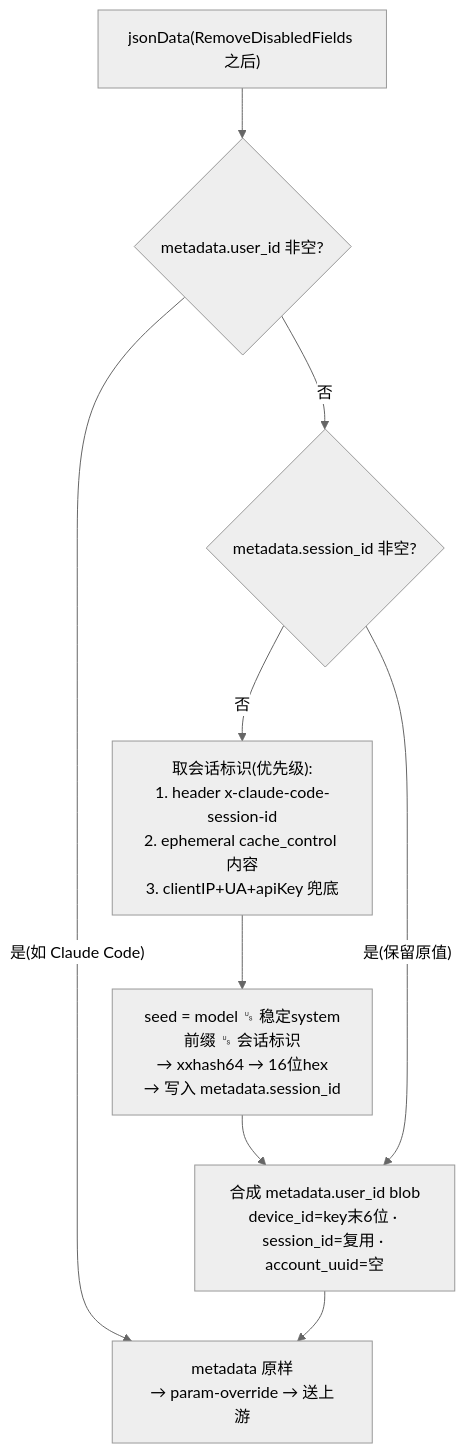
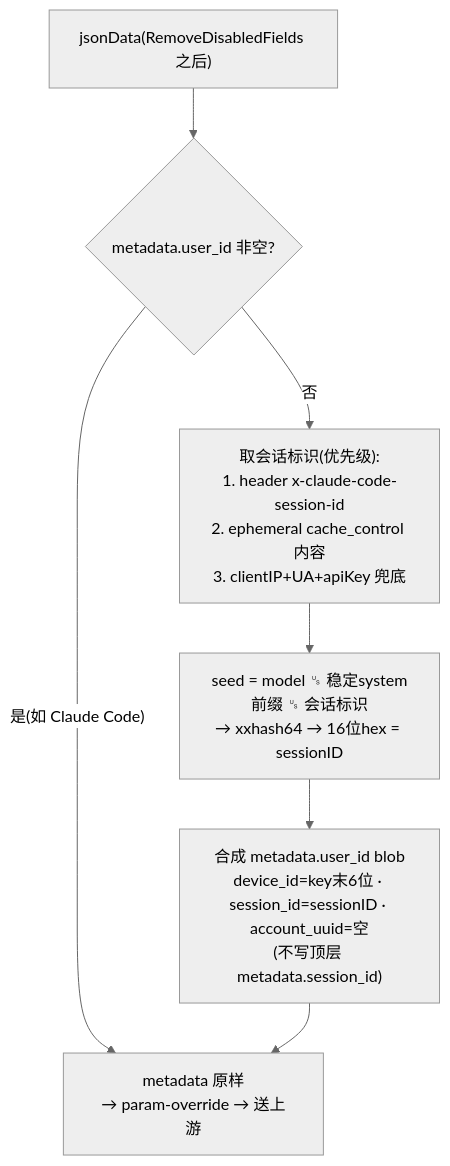
Before and after one commit to azd1996/new-api: the second of 2 diagrams in docs/claude-metadata-session-injection.md, drawn with Mermaid (neutral theme). The commit also changed other lines of this file and 3 other files, not shown here.

Commit message:
feat(claude): remove meta_data.session_id

````diff
--- a/docs/claude-metadata-session-injection.md
+++ b/docs/claude-metadata-session-injection.md
@@ -51,11 +53,9 @@
 ```mermaid
 flowchart TD
     S["jsonData(RemoveDisabledFields 之后)"] --> Q1{"metadata.user_id 非空?"}
     Q1 -- "是(如 Claude Code)" --> OUT["metadata 原样<br/>→ param-override → 送上游"]
-    Q1 -- "否" --> Q2{"metadata.session_id 非空?"}
-    Q2 -- "否" --> D1["取会话标识(优先级):<br/>1. header x-claude-code-session-id<br/>2. ephemeral cache_control 内容<br/>3. clientIP+UA+apiKey 兜底"]
-    D1 --> D2["seed = model ␟ 稳定system前缀 ␟ 会话标识<br/>→ xxhash64 → 16位hex<br/>→ 写入 metadata.session_id"]
-    D2 --> U
-    Q2 -- "是(保留原值)" --> U["合成 metadata.user_id blob<br/>device_id=key末6位 · session_id=复用 · account_uuid=空"]
+    Q1 -- "否" --> D1["取会话标识(优先级):<br/>1. header x-claude-code-session-id<br/>2. ephemeral cache_control 内容<br/>3. clientIP+UA+apiKey 兜底"]
+    D1 --> D2["seed = model ␟ 稳定system前缀 ␟ 会话标识<br/>→ xxhash64 → 16位hex = sessionID"]
+    D2 --> U["合成 metadata.user_id blob<br/>device_id=key末6位 · session_id=sessionID · account_uuid=空<br/>(不写顶层 metadata.session_id)"]
     U --> OUT
 ```
````
